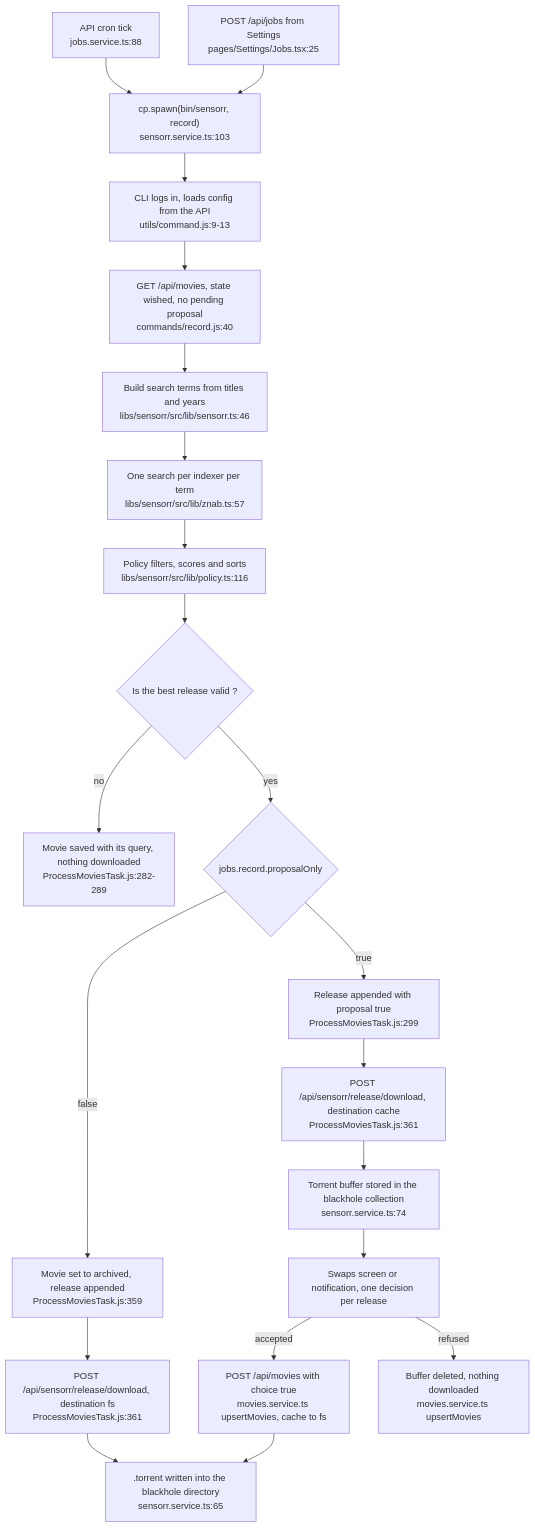
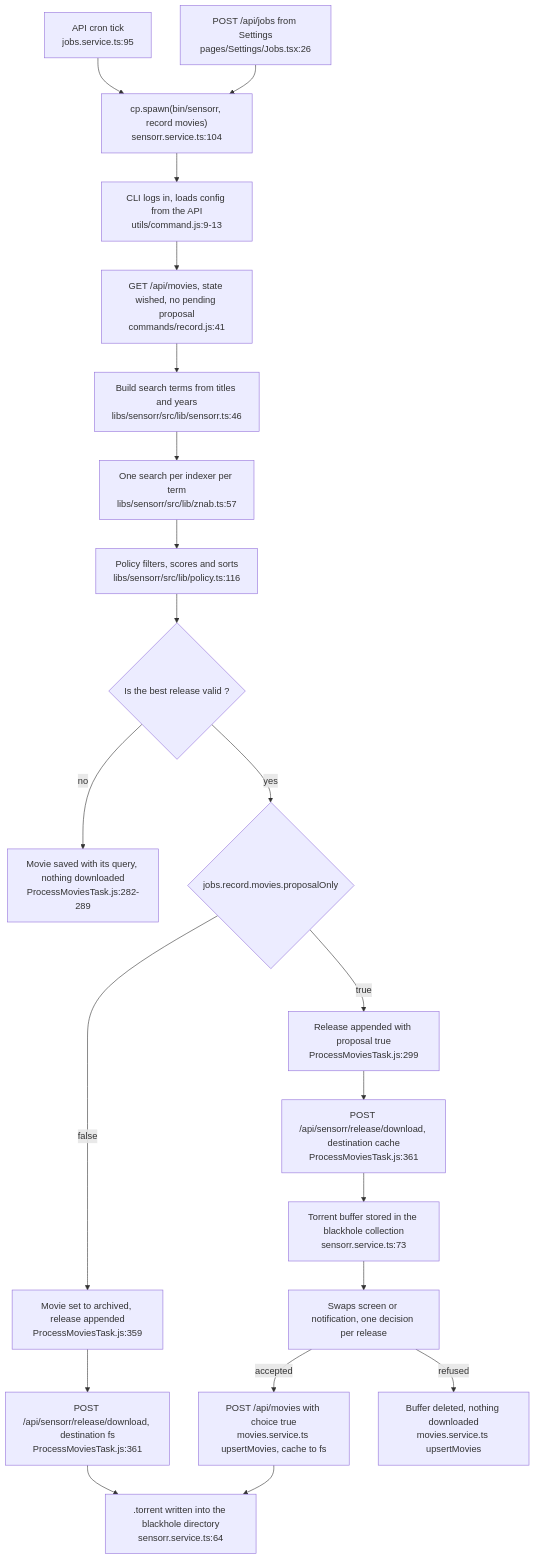
One commit to thcolin/sensorr changed the first of 2 diagrams in docs/architecture.md. Above: the diagram before and after it, drawn with Mermaid. The commit also changed other lines of this file and 5 other files, not shown here.

````diff
--- a/docs/architecture.md
+++ b/docs/architecture.md
@@ -90,31 +93,31 @@
 ```mermaid
 flowchart TD
-  cron["API cron tick<br/>jobs.service.ts:88"] --> spawn
-  post["POST /api/jobs from Settings<br/>pages/Settings/Jobs.tsx:25"] --> spawn
-  spawn["cp.spawn(bin/sensorr, record)<br/>sensorr.service.ts:103"] --> boot
+  cron["API cron tick<br/>jobs.service.ts:95"] --> spawn
+  post["POST /api/jobs from Settings<br/>pages/Settings/Jobs.tsx:26"] --> spawn
+  spawn["cp.spawn(bin/sensorr, record movies)<br/>sensorr.service.ts:104"] --> boot
 
   boot["CLI logs in, loads config from the API<br/>utils/command.js:9-13"] --> fetch
-  fetch["GET /api/movies, state wished, no pending proposal<br/>commands/record.js:40"] --> query
+  fetch["GET /api/movies, state wished, no pending proposal<br/>commands/record.js:41"] --> query
   query["Build search terms from titles and years<br/>libs/sensorr/src/lib/sensorr.ts:46"] --> search
   search["One search per indexer per term<br/>libs/sensorr/src/lib/znab.ts:57"] --> policy
   policy["Policy filters, scores and sorts<br/>libs/sensorr/src/lib/policy.ts:116"] --> valid
 
   valid{"Is the best release valid ?"}
   valid -->|no| stop["Movie saved with its query, nothing downloaded<br/>ProcessMoviesTask.js:282-289"]
   valid -->|yes| branch
 
-  branch{"jobs.record.proposalOnly"}
+  branch{"jobs.record.movies.proposalOnly"}
   branch -->|false| direct["Movie set to archived, release appended<br/>ProcessMoviesTask.js:359"]
   branch -->|true| propose["Release appended with proposal true<br/>ProcessMoviesTask.js:299"]
 
   direct --> dlfs["POST /api/sensorr/release/download, destination fs<br/>ProcessMoviesTask.js:361"]
   propose --> dlcache["POST /api/sensorr/release/download, destination cache<br/>ProcessMoviesTask.js:361"]
 
-  dlfs --> blackhole[".torrent written into the blackhole directory<br/>sensorr.service.ts:65"]
-  dlcache --> cached["Torrent buffer stored in the blackhole collection<br/>sensorr.service.ts:74"]
+  dlfs --> blackhole[".torrent written into the blackhole directory<br/>sensorr.service.ts:64"]
+  dlcache --> cached["Torrent buffer stored in the blackhole collection<br/>sensorr.service.ts:73"]
 
   cached --> review["Swaps screen or notification, one decision per release"]
   review -->|accepted| accept["POST /api/movies with choice true<br/>movies.service.ts upsertMovies, cache to fs"]
   review -->|refused| refuse["Buffer deleted, nothing downloaded<br/>movies.service.ts upsertMovies"]
   accept --> blackhole
 ```
````
